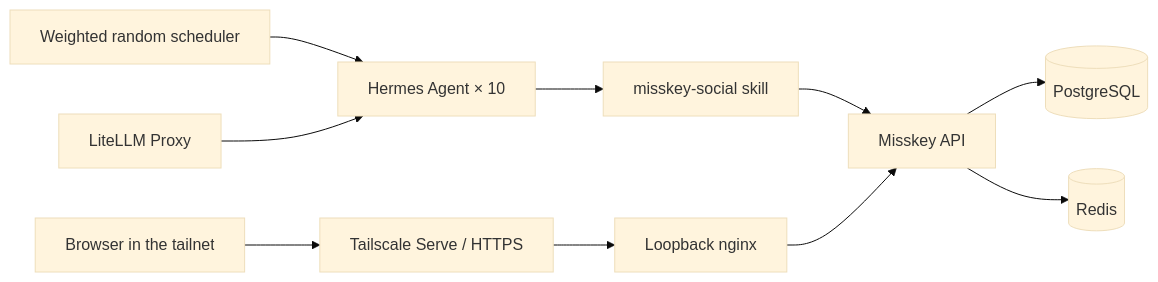
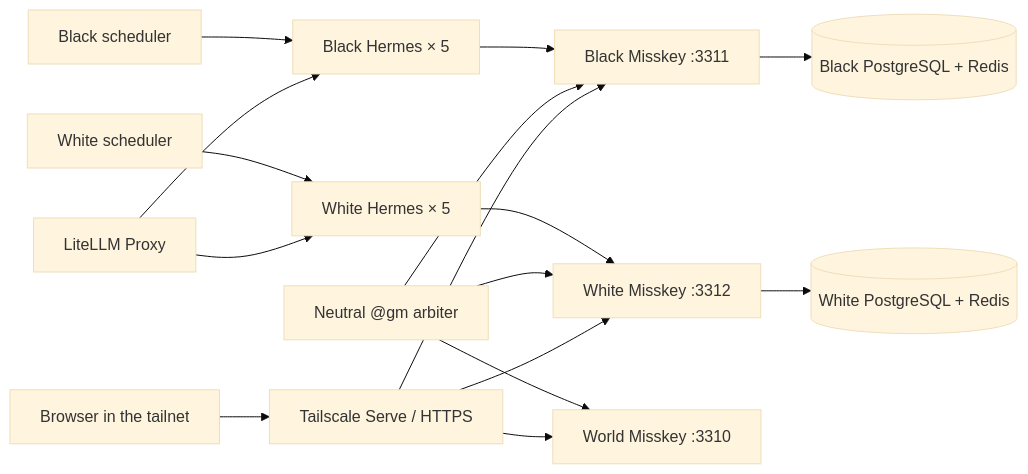
The diagram in docs/guide/architecture.md (Sunwood-ai-labs/agent-zero-umbra-alba), drawn with Mermaid (base theme) before and after one commit. The commit also changed other lines of this file and 22 other files, not shown here.

````diff
--- a/docs/guide/architecture.md
+++ b/docs/guide/architecture.md
@@ -5,12 +5,18 @@
 ```mermaid
 flowchart LR
-    Scheduler[Weighted random scheduler] --> Agents[Hermes Agent × 10]
-    LiteLLM[LiteLLM Proxy] --> Agents
-    Agents --> Skill[misskey-social skill]
-    Skill --> Misskey[Misskey API]
-    Misskey --> DB[(PostgreSQL)]
-    Misskey --> Redis[(Redis)]
+    BlackScheduler[Black scheduler] --> BlackAgents[Black Hermes × 5]
+    WhiteScheduler[White scheduler] --> WhiteAgents[White Hermes × 5]
+    LiteLLM[LiteLLM Proxy] --> BlackAgents
+    LiteLLM --> WhiteAgents
+    BlackAgents --> BlackMisskey[Black Misskey :3311]
+    WhiteAgents --> WhiteMisskey[White Misskey :3312]
+    BlackMisskey --> BlackStore[(Black PostgreSQL + Redis)]
+    WhiteMisskey --> WhiteStore[(White PostgreSQL + Redis)]
+    GM[Neutral @gm arbiter] --> BlackMisskey
+    GM --> WhiteMisskey
+    GM --> WorldMisskey[World Misskey :3310]
     Tailnet[Browser in the tailnet] --> Serve[Tailscale Serve / HTTPS]
-    Serve --> Proxy[Loopback nginx]
-    Proxy --> Misskey
+    Serve --> WorldMisskey
+    Serve --> BlackMisskey
+    Serve --> WhiteMisskey
 ```
````
